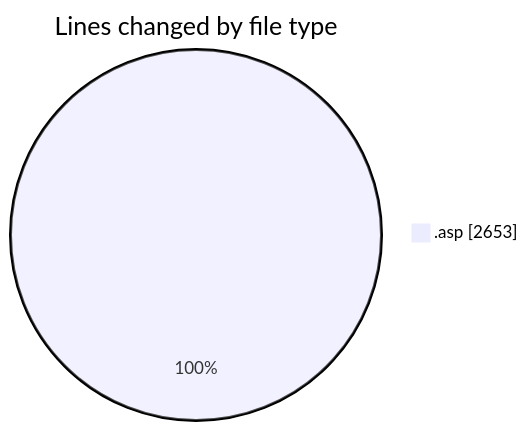
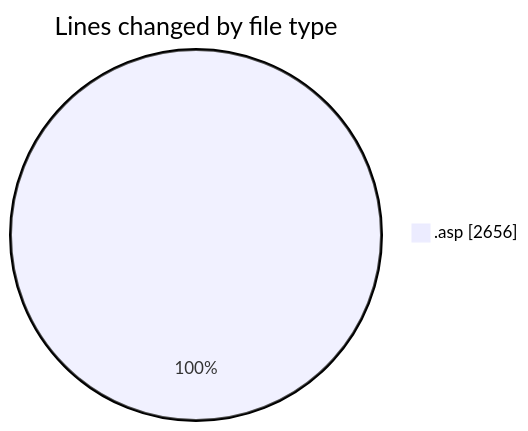
Before and after one commit to julien-gomy/code-tracking: the first of 2 diagrams in 2025-10-31/cdp_aleoudev_fr__workspace_/README.md, drawn with Mermaid. The commit also changed other lines of this file and 1 other file, not shown here.

````diff
--- a/2025-10-31/cdp_aleoudev_fr__workspace_/README.md
+++ b/2025-10-31/cdp_aleoudev_fr__workspace_/README.md
@@ -21,5 +21,5 @@
 ```mermaid
 pie showData
 title Lines changed by file type
-".asp" : 2653
+".asp" : 2656
 ```
````
